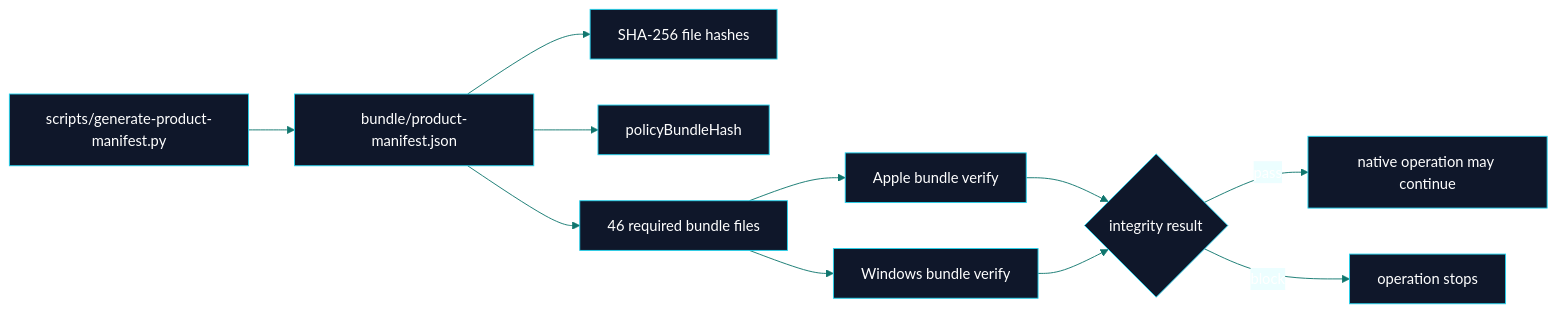
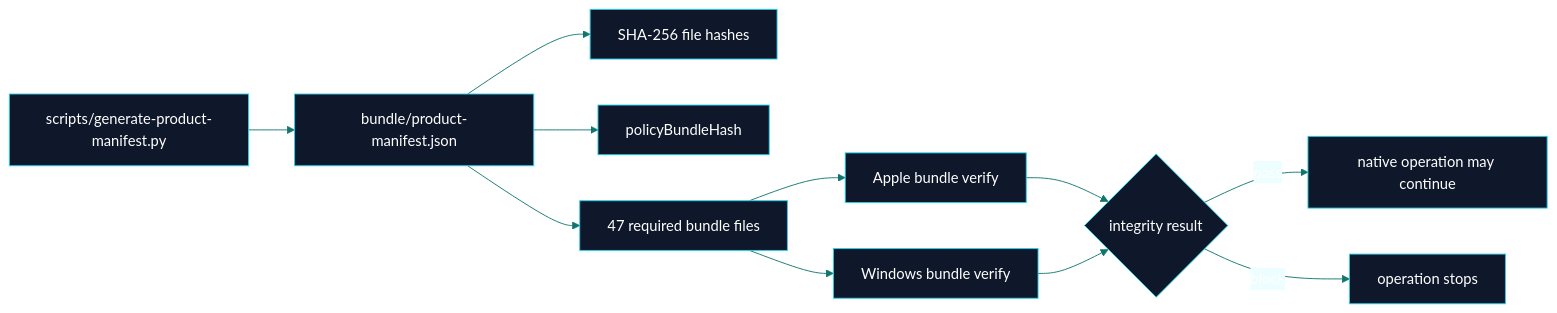
The second of 2 diagrams in wiki/Overview.md (flynn33/forsetti-agentic-edition), drawn with Mermaid before and after one commit. The commit also changed other lines of this file and 46 other files, not shown here.

````diff
--- a/wiki/Overview.md
+++ b/wiki/Overview.md
@@ -100,14 +100,14 @@
 ```mermaid
 %%{init: {"theme":"base","themeVariables":{"primaryColor":"#0f172a","primaryTextColor":"#ffffff","primaryBorderColor":"#22d3ee","lineColor":"#0f766e","secondaryColor":"#ecfeff","tertiaryColor":"#f8fafc"}}}%%
 flowchart LR
     Generator["scripts/generate-product-manifest.py"] --> Manifest["bundle/product-manifest.json"]
     Manifest --> Hashes["SHA-256 file hashes"]
     Manifest --> PolicyHash["policyBundleHash"]
-    Manifest --> BundleFiles["46 required bundle files"]
+    Manifest --> BundleFiles["47 required bundle files"]
     BundleFiles --> AppleVerify["Apple bundle verify"]
     BundleFiles --> WindowsVerify["Windows bundle verify"]
     AppleVerify --> Decision{"integrity result"}
     WindowsVerify --> Decision
     Decision -->|pass| Continue["native operation may continue"]
     Decision -->|block| Stop["operation stops"]
 ```
````
